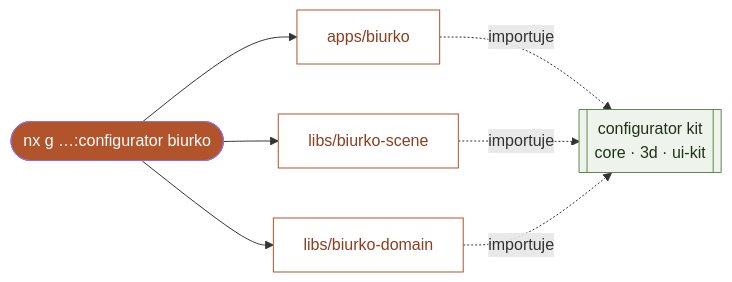
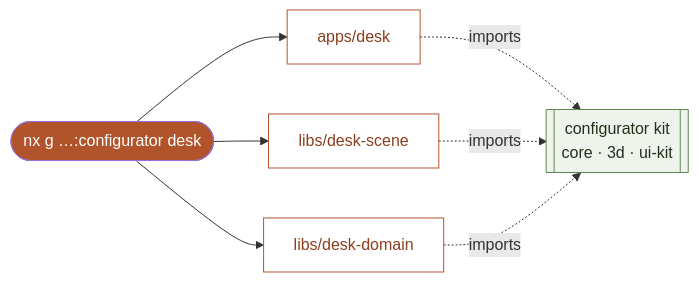
The third of 3 diagrams in README.md (przemeknowak781/nxGenerator), drawn with Mermaid before and after one commit. The commit also changed other lines of this file, not shown here.

````diff
--- a/README.md
+++ b/README.md
@@ -123,12 +123,12 @@
 ```mermaid
 flowchart LR
-    CMD(["nx g …:configurator biurko"]):::c --> A["apps/biurko"]:::o
-    CMD --> D["libs/biurko-domain"]:::o
-    CMD --> SC["libs/biurko-scene"]:::o
-    A -. importuje .-> KIT[["configurator kit<br/>core · 3d · ui-kit"]]:::k
-    SC -. importuje .-> KIT
-    D  -. importuje .-> KIT
+    CMD(["nx g …:configurator desk"]):::c --> A["apps/desk"]:::o
+    CMD --> D["libs/desk-domain"]:::o
+    CMD --> SC["libs/desk-scene"]:::o
+    A -. imports .-> KIT[["configurator kit<br/>core · 3d · ui-kit"]]:::k
+    SC -. imports .-> KIT
+    D  -. imports .-> KIT
     classDef c fill:#b2542b,color:#fff;
     classDef o fill:#fff,stroke:#b2542b,color:#8a3f1f;
     classDef k fill:#eef3ec,stroke:#5e8a52,color:#20331a;
 ```
````
